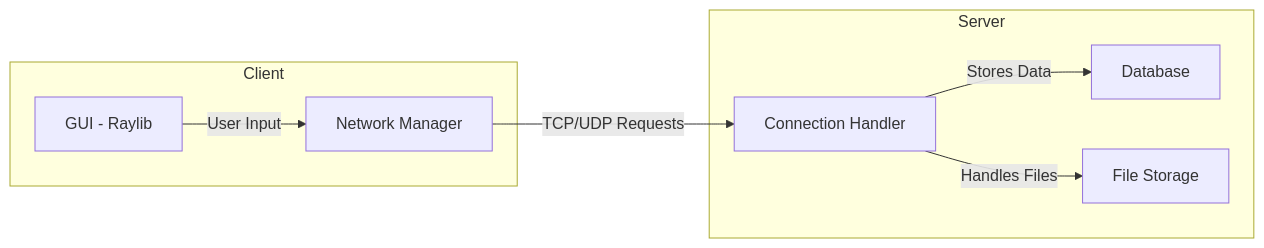
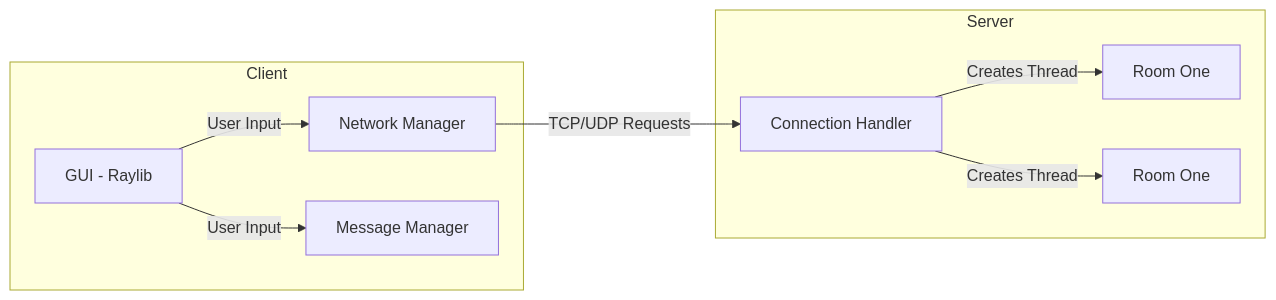
The diagram in README.md (Nathancecixx/OpenMind), drawn with Mermaid before and after one commit. The commit also changed other lines of this file and 1 other file, not shown here.

````diff
--- a/README.md
+++ b/README.md
@@ -27,19 +36,21 @@
 ```mermaid
 flowchart LR
     subgraph Client ["Client"]
         GUI["GUI - Raylib"]
         NM["Network Manager"]
+        MM["Message Manager"]
     end
 
     subgraph Server ["Server"]
         API["Connection Handler"]
-        DB["Database"]
-        FS["File Storage"]
+        RM1["Room One"]
+        RM2["Room One"]
     end
 
     GUI -->|User Input| NM
+    GUI -->|User Input| MM
     NM -->|TCP/UDP Requests| API
-    API -->|Stores Data| DB
-    API -->|Handles Files| FS
+    API -->|Creates Thread| RM1
+    API -->|Creates Thread| RM2
 
 ```
````
